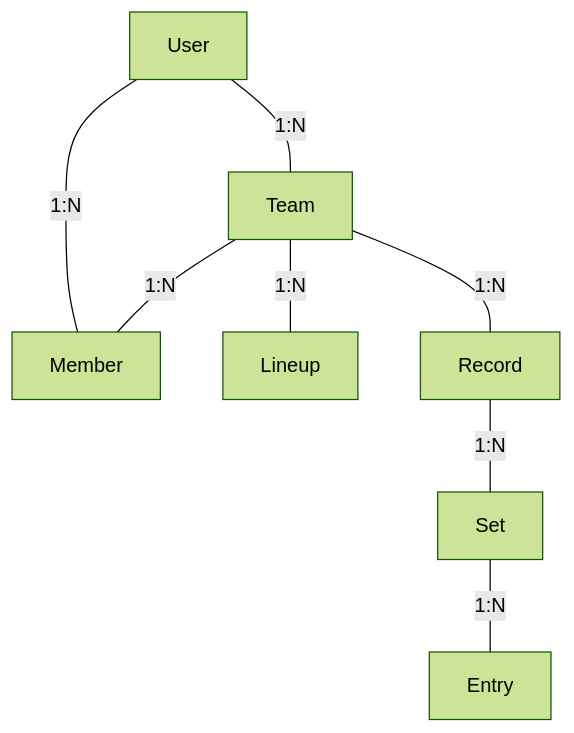
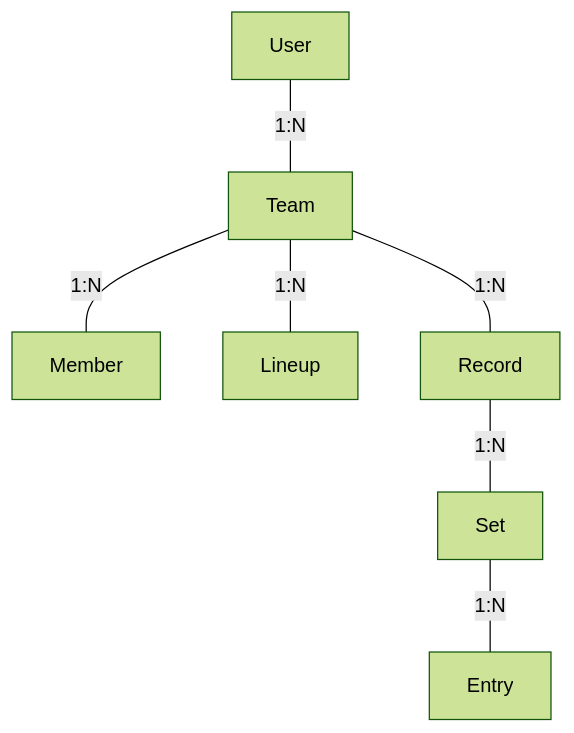
One commit to andrewck24/volleybro changed the second of 2 diagrams in docs/05_tw_data_model.md. Above: the diagram before and after it, drawn with Mermaid (forest theme). The commit also changed other lines of this file and 8 other files, not shown here.

````diff
--- a/docs/05_tw_data_model.md
+++ b/docs/05_tw_data_model.md
@@ -367,10 +358,9 @@
 ```mermaid
 flowchart TB
-  User ---|"1:N"| Team
-  Team ---|"1:N"| Member
-  Team ---|"1:N"| Lineup
-  Team ---|"1:N"| Record
-  Record ---|"1:N"| Set
-  Set ---|"1:N"| Entry
-  User ---|"1:N"| Member
+    User ---|"1:N"| Team
+    Team ---|"1:N"| Member
+    Team ---|"1:N"| Lineup
+    Team ---|"1:N"| Record
+    Record ---|"1:N"| Set
+    Set ---|"1:N"| Entry
 ```
````
